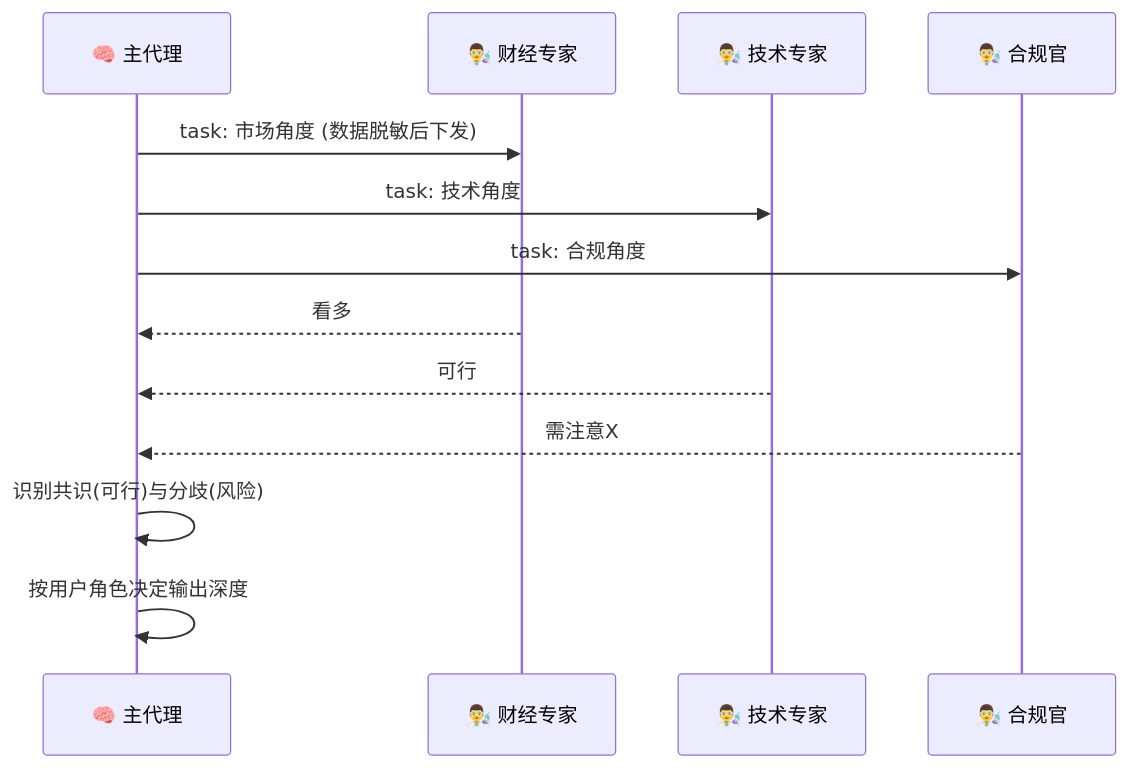
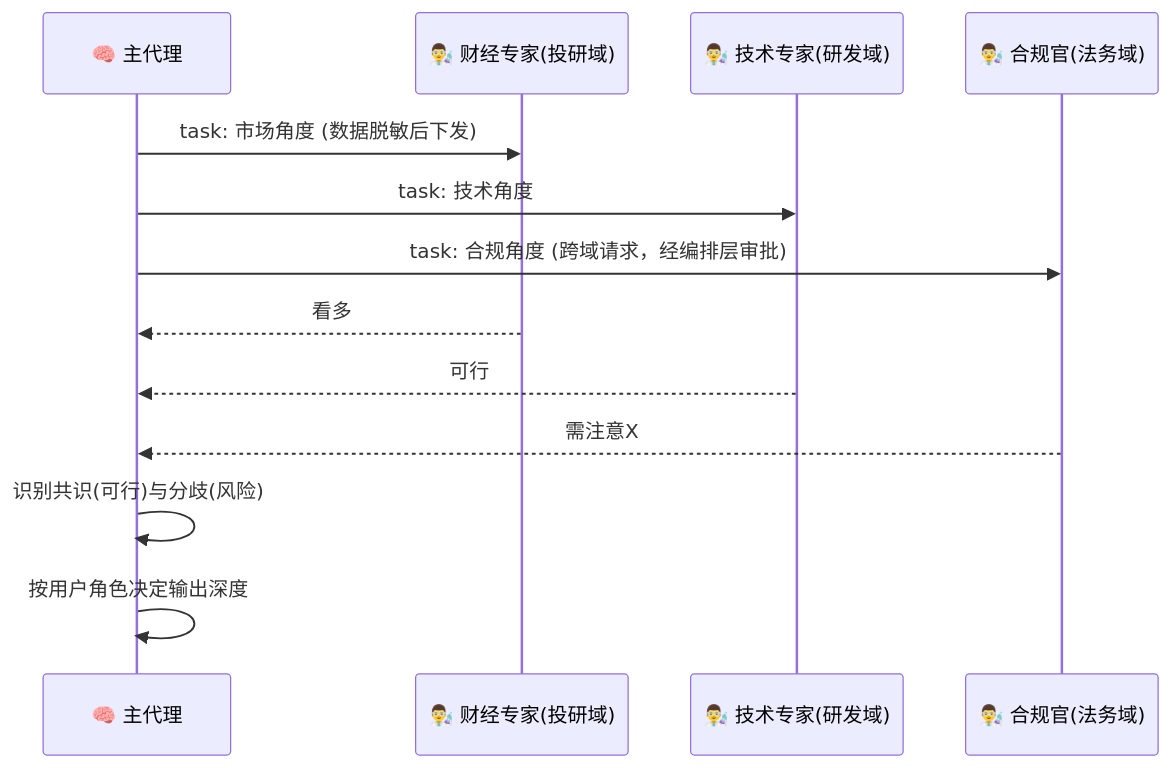
Before and after one commit to forestlei/hermes-agent: the ninth of 11 diagrams in docs/distributed-multi-agent-architecture.md, drawn with Mermaid. The commit also changed other lines of this file and 1 other file, not shown here.

````diff
--- a/docs/distributed-multi-agent-architecture.md
+++ b/docs/distributed-multi-agent-architecture.md
@@ -961,16 +1114,16 @@
 ```mermaid
 sequenceDiagram
     participant B as 🧠 主代理
-    participant E1 as 👨‍🔬 财经专家
-    participant E2 as 👨‍🔬 技术专家
-    participant E3 as 👨‍🔬 合规官
+    participant E1 as 👨‍🔬 财经专家(投研域)
+    participant E2 as 👨‍🔬 技术专家(研发域)
+    participant E3 as 👨‍🔬 合规官(法务域)
 
     B->>E1: task: 市场角度 (数据脱敏后下发)
     B->>E2: task: 技术角度
-    B->>E3: task: 合规角度
+    B->>E3: task: 合规角度 (跨域请求，经编排层审批)
     E1-->>B: 看多
     E2-->>B: 可行
     E3-->>B: 需注意X
     B->>B: 识别共识(可行)与分歧(风险)
     B->>B: 按用户角色决定输出深度
 ```
````
